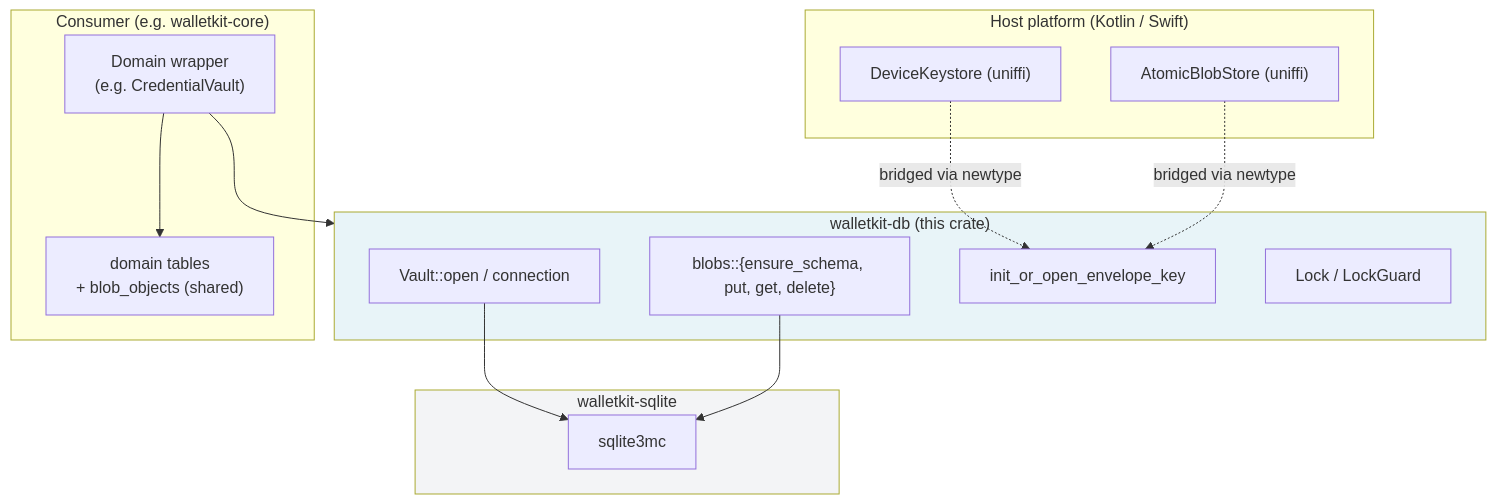
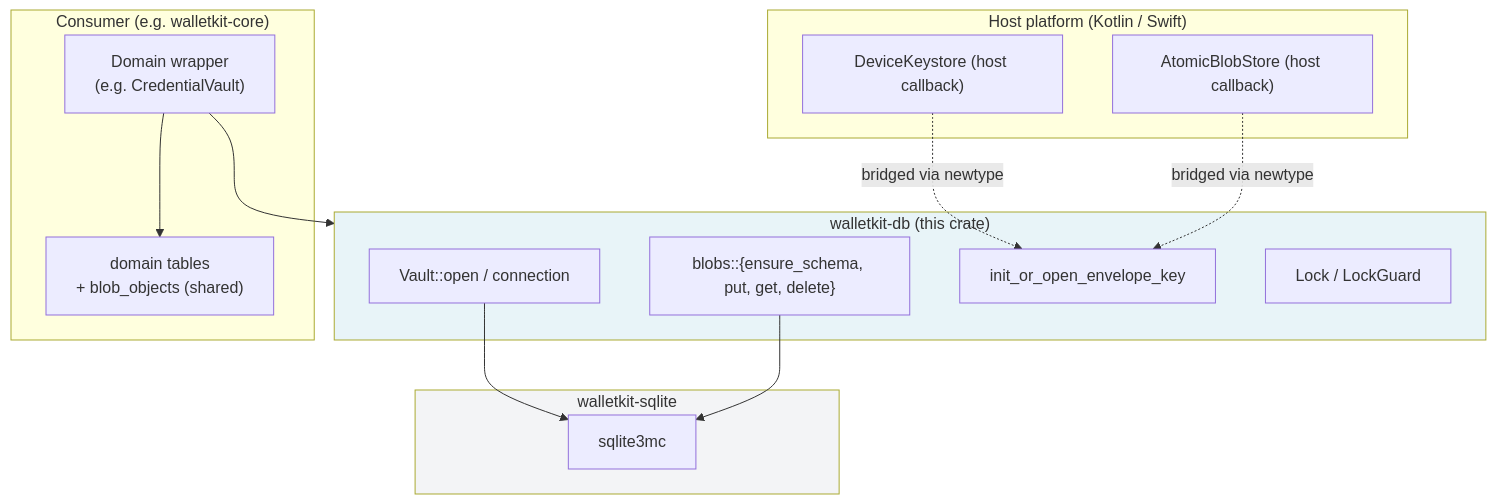
One commit to worldcoin/walletkit changed the diagram in crates/walletkit-db/README.md. Above: the diagram before and after it, drawn with Mermaid. The commit also changed other lines of this file and 47 other files, not shown here.

````diff
--- a/crates/walletkit-db/README.md
+++ b/crates/walletkit-db/README.md
@@ -21,28 +21,28 @@
 ```mermaid
 flowchart TB
     subgraph Host["Host platform (Kotlin / Swift)"]
-        KS["DeviceKeystore (uniffi)"]
-        BS["AtomicBlobStore (uniffi)"]
+        KS["DeviceKeystore (host callback)"]
+        BS["AtomicBlobStore (host callback)"]
     end
     subgraph WKDB["walletkit-db (this crate)"]
         OV["Vault::open / connection"]
         Blobs["blobs::{ensure_schema, put, get, delete}"]
         Env["init_or_open_envelope_key"]
         Lock["Lock / LockGuard"]
     end
     subgraph WKSQL["walletkit-sqlite"]
         Cipher["sqlite3mc"]
     end
     subgraph Consumer["Consumer (e.g. walletkit-core)"]
         Wrapper["Domain wrapper<br/>(e.g. CredentialVault)"]
         Tables["domain tables<br/>+ blob_objects (shared)"]
         Wrapper --> Tables
     end
     KS -.bridged via newtype.-> Env
     BS -.bridged via newtype.-> Env
     Wrapper --> WKDB
     OV --> Cipher
     Blobs --> Cipher
     style WKDB fill:#e8f4f8
     style WKSQL fill:#f3f4f6
 ```
````
